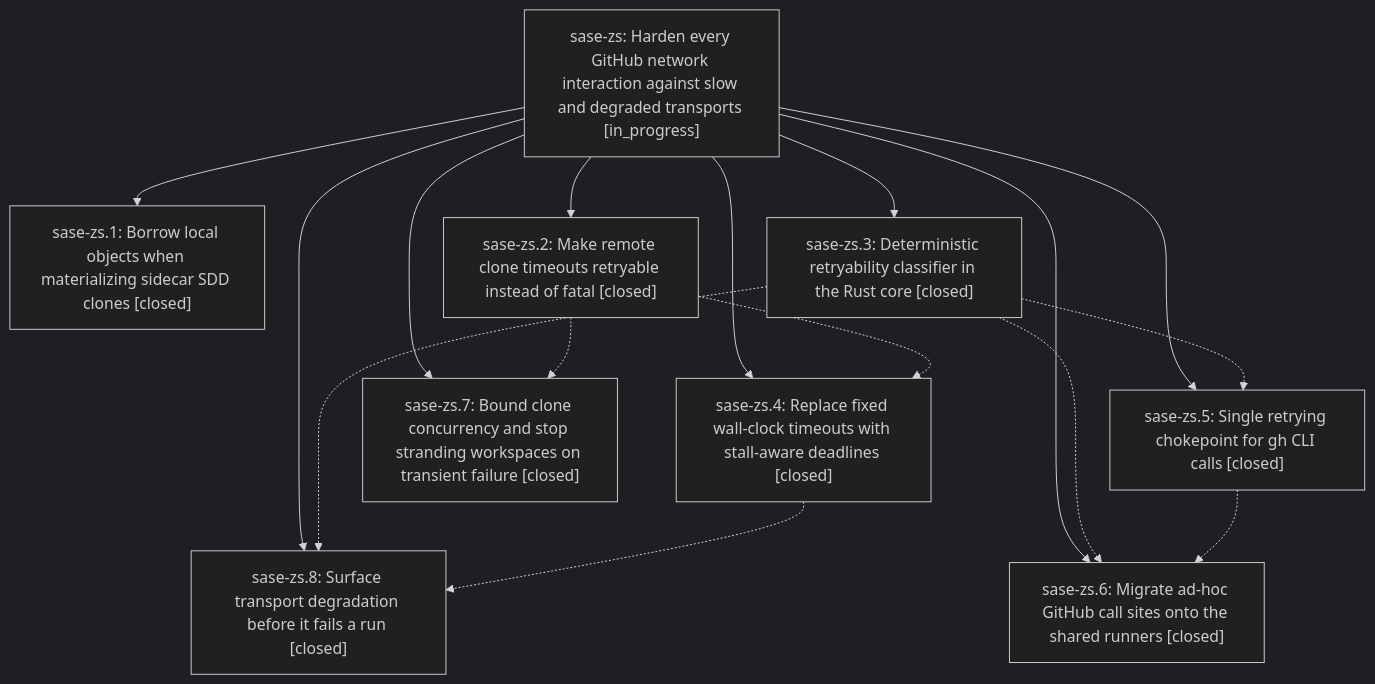
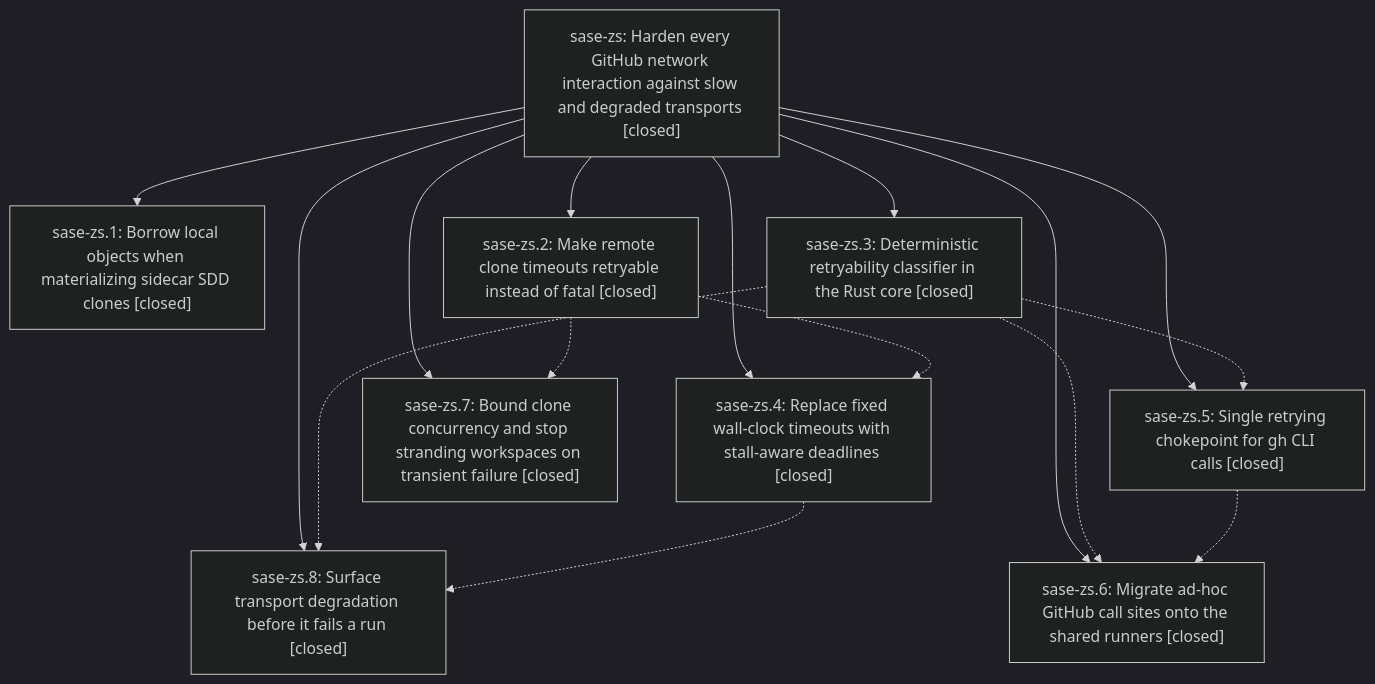
Before and after one commit to sase-org/sase--beads: the diagram in pages/sase-zs/README.md, drawn with Mermaid (dark theme). The commit also changed other lines of this file and 1 other file, not shown here.

First line of the commit message:
chore(beads): sync bead state and pages for sase-zs

````diff
--- a/pages/sase-zs/README.md
+++ b/pages/sase-zs/README.md
@@ -29,27 +33,27 @@
 ```mermaid
 flowchart TD
-    n0["sase-zs: Harden every GitHub network interaction against slow and degraded transports [in_progress]"]
+    n0["sase-zs: Harden every GitHub network interaction against slow and degraded transports [closed]"]
     n1["sase-zs.1: Borrow local objects when materializing sidecar SDD clones [closed]"]
     n2["sase-zs.2: Make remote clone timeouts retryable instead of fatal [closed]"]
     n3["sase-zs.3: Deterministic retryability classifier in the Rust core [closed]"]
     n4["sase-zs.4: Replace fixed wall-clock timeouts with stall-aware deadlines [closed]"]
     n5["sase-zs.5: Single retrying chokepoint for gh CLI calls [closed]"]
     n6["sase-zs.6: Migrate ad-hoc GitHub call sites onto the shared runners [closed]"]
     n7["sase-zs.7: Bound clone concurrency and stop stranding workspaces on transient failure [closed]"]
     n8["sase-zs.8: Surface transport degradation before it fails a run [closed]"]
     n0 --> n1
     n0 --> n2
     n0 --> n3
     n0 --> n4
     n0 --> n5
     n0 --> n6
     n0 --> n7
     n0 --> n8
     n2 -.-> n4
     n2 -.-> n7
     n3 -.-> n5
     n3 -.-> n6
     n3 -.-> n8
     n4 -.-> n8
     n5 -.-> n6
 ```
````
